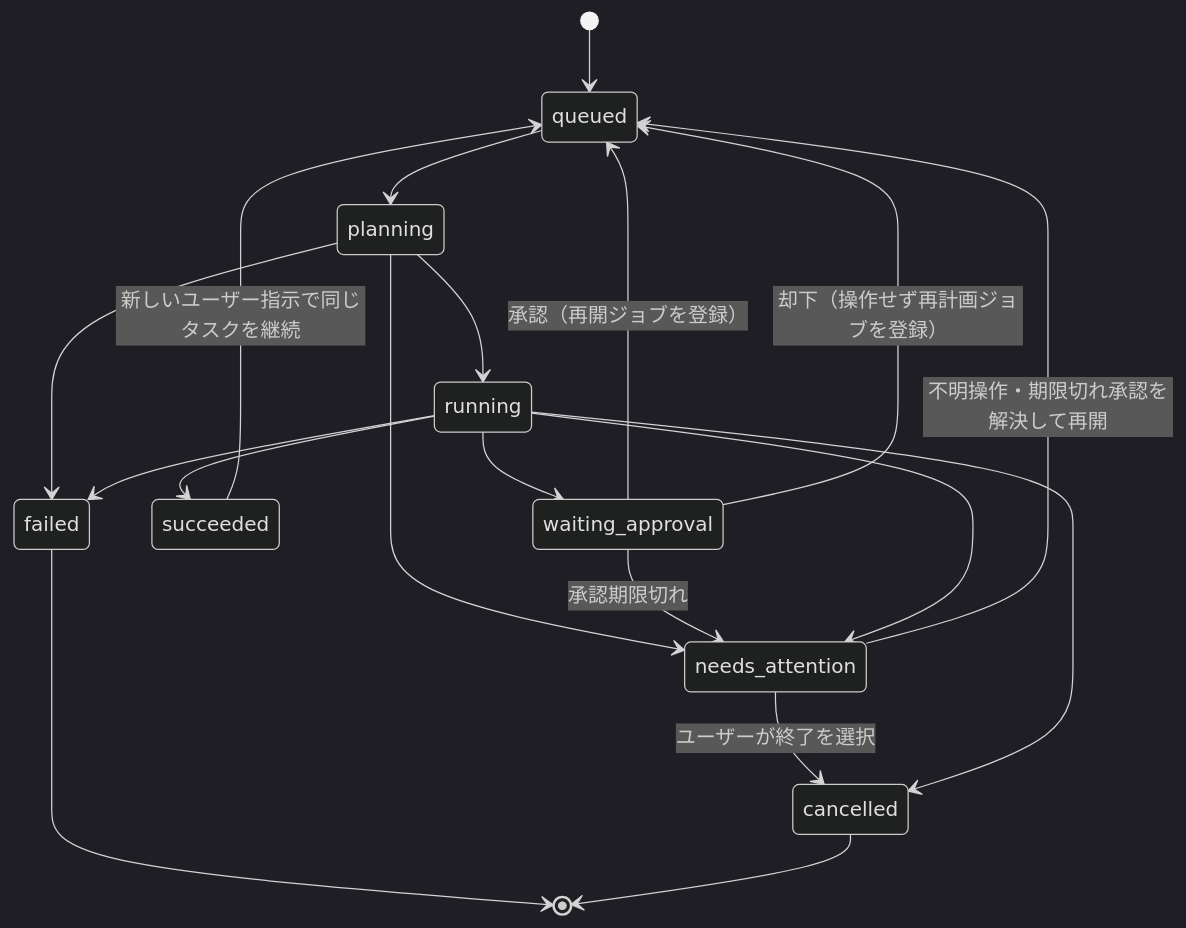
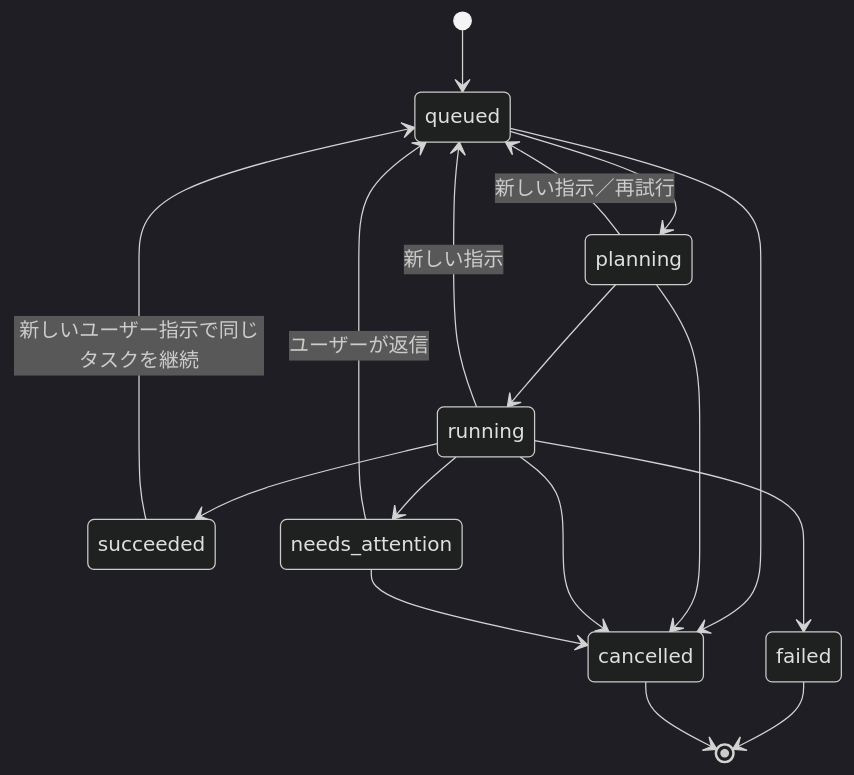
The fourth of 5 diagrams in dev-jp/01_design.md (ryoma-jp/agent-orchestrator-core), drawn with Mermaid (dark theme) before and after one commit. The commit also changed other lines of this file and 1 other file, not shown here.

````diff
--- a/dev-jp/01_design.md
+++ b/dev-jp/01_design.md
@@ -319,21 +331,19 @@
 ```mermaid
 stateDiagram-v2
     [*] --> queued
     queued --> planning
     planning --> running
-    planning --> failed
-    planning --> needs_attention
     running --> succeeded
-    running --> waiting_approval
-    waiting_approval --> queued: 承認（再開ジョブを登録）
-    waiting_approval --> queued: 却下（操作せず再計画ジョブを登録）
-    waiting_approval --> needs_attention: 承認期限切れ
-    needs_attention --> queued: 不明操作・期限切れ承認を解決して再開
-    needs_attention --> cancelled: ユーザーが終了を選択
     running --> failed
+    running --> needs_attention
+    planning --> queued: 新しい指示／再試行
+    running --> queued: 新しい指示
+    needs_attention --> queued: ユーザーが返信
+    succeeded --> queued: 新しいユーザー指示で同じタスクを継続
+    queued --> cancelled
+    planning --> cancelled
     running --> cancelled
-    running --> needs_attention
-    succeeded --> queued: 新しいユーザー指示で同じタスクを継続
+    needs_attention --> cancelled
     failed --> [*]
     cancelled --> [*]
 ```
````
